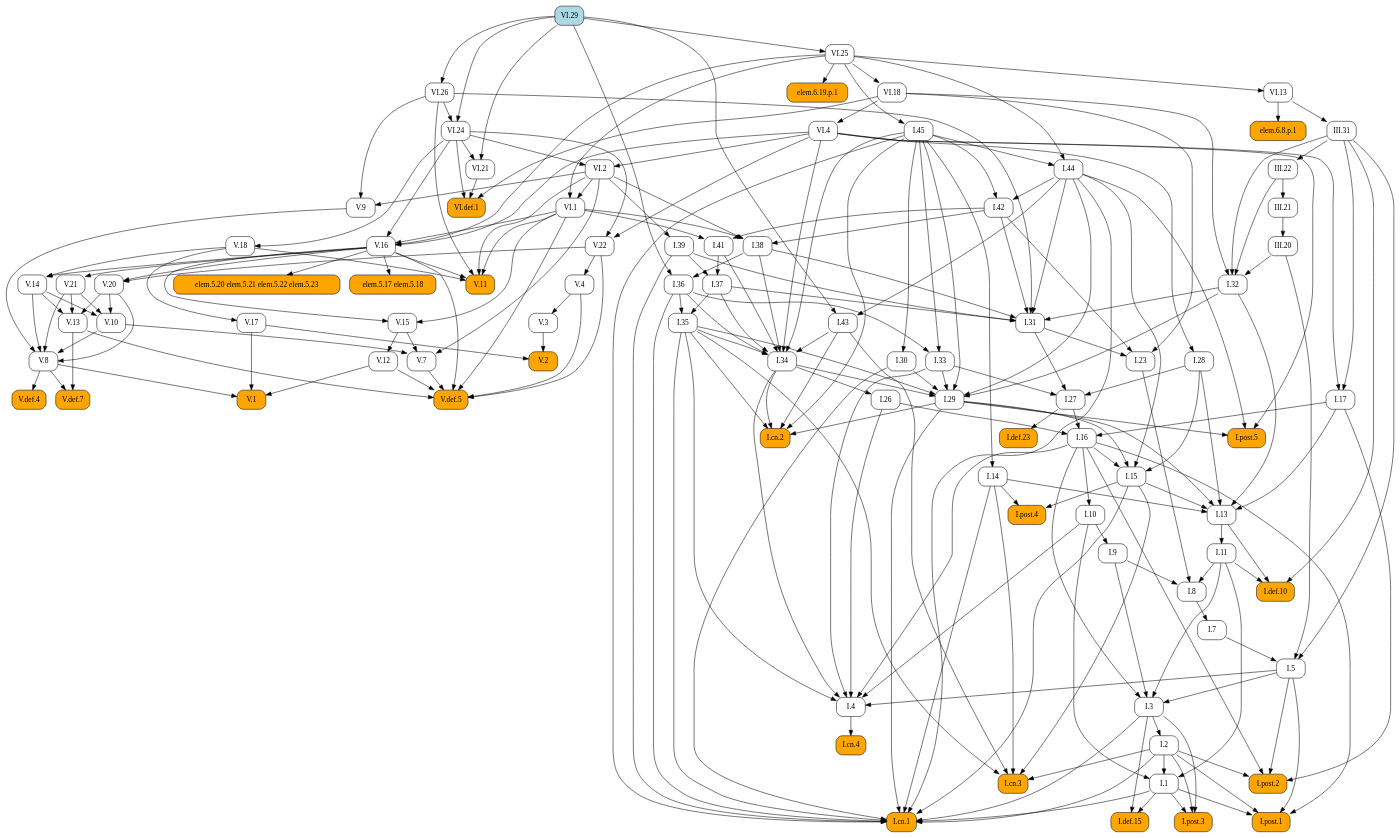
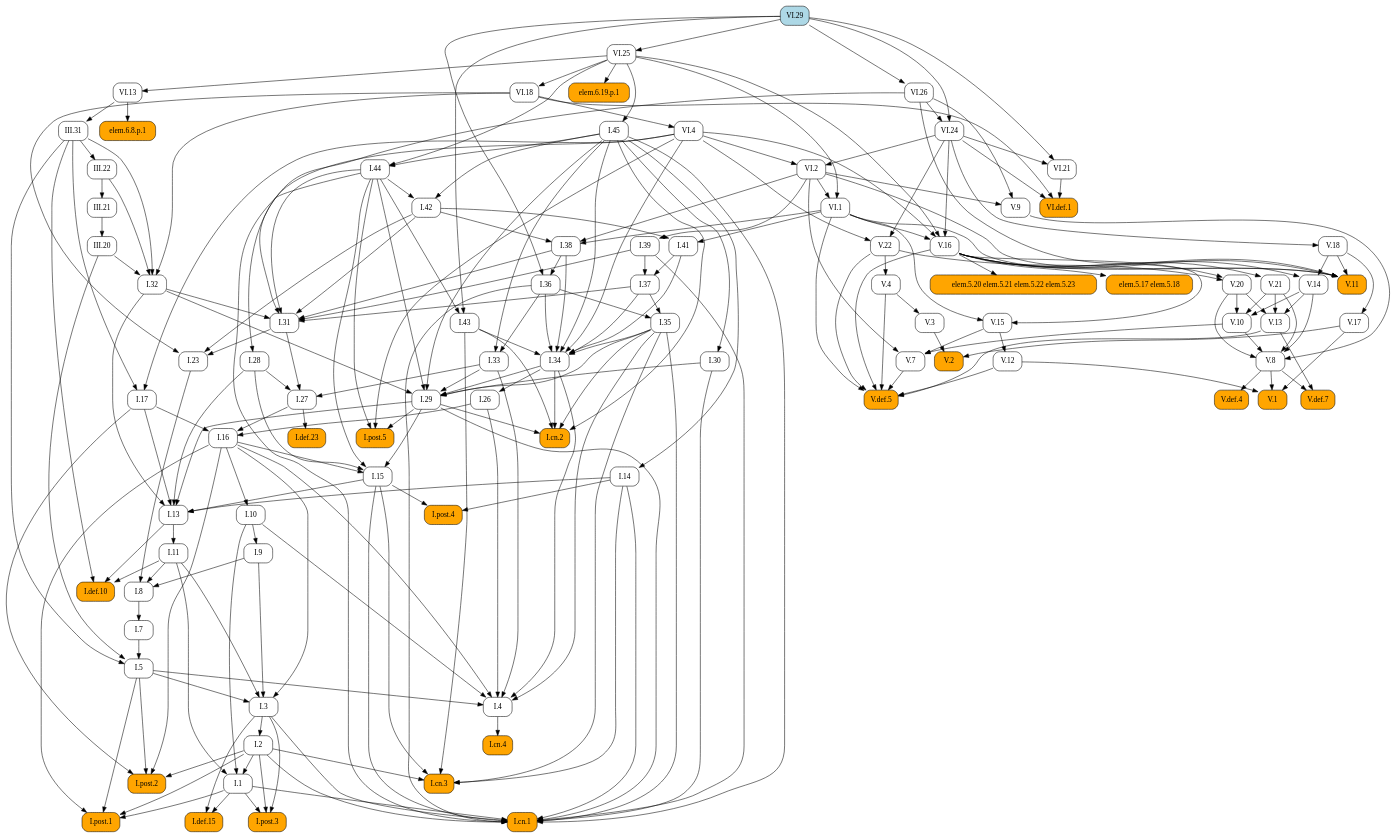
Before and after one commit to geometor/elements: the diagram in docsrc/elements2/VI/29/index.rst, drawn with Graphviz. The commit also changed other lines of this file and 171 other files, not shown here.

```diff
--- a/docsrc/elements2/VI/29/index.rst
+++ b/docsrc/elements2/VI/29/index.rst
@@ -90,192 +90,190 @@
    digraph {
      rankdir="TB";
      node [shape=box, style=rounded];
+     "I.8" [URL="/elements2/I/8/", target="_top"];
+     "V.20" [URL="/elements2/V/20/", target="_top"];
+     "I.36" [URL="/elements2/I/36/", target="_top"];
+     "V.def.5" [style="rounded,filled", fillcolor=orange, URL="/elements2/V/def.5/", target="_top"];
+     "VI.13" [URL="/elements2/VI/13/", target="_top"];
+     "I.38" [URL="/elements2/I/38/", target="_top"];
+     "I.post.5" [style="rounded,filled", fillcolor=orange, URL="/elements2/I/post.5/", target="_top"];
+     "I.def.10" [style="rounded,filled", fillcolor=orange, URL="/elements2/I/def.10/", target="_top"];
+     "I.30" [URL="/elements2/I/30/", target="_top"];
+     "I.cn.2" [style="rounded,filled", fillcolor=orange, URL="/elements2/I/cn.2/", target="_top"];
+     "elem.6.19.p.1" [style="rounded,filled", fillcolor=orange];
+     "III.31" [URL="/elements2/III/31/", target="_top"];
+     "I.31" [URL="/elements2/I/31/", target="_top"];
+     "I.43" [URL="/elements2/I/43/", target="_top"];
+     "I.post.2" [style="rounded,filled", fillcolor=orange, URL="/elements2/I/post.2/", target="_top"];
+     "I.def.23" [style="rounded,filled", fillcolor=orange, URL="/elements2/I/def.23/", target="_top"];
+     "VI.25" [URL="/elements2/VI/25/", target="_top"];
+     "I.26" [URL="/elements2/I/26/", target="_top"];
+     "VI.21" [URL="/elements2/VI/21/", target="_top"];
+     "V.17" [URL="/elements2/V/17/", target="_top"];
+     "elem.6.8.p.1" [style="rounded,filled", fillcolor=orange];
+     "V.3" [URL="/elements2/V/3/", target="_top"];
+     "I.cn.3" [style="rounded,filled", fillcolor=orange, URL="/elements2/I/cn.3/", target="_top"];
+     "III.20" [URL="/elements2/III/20/", target="_top"];
+     "V.2" [style="rounded,filled", fillcolor=orange, URL="/elements2/V/2/", target="_top"];
+     "V.12" [URL="/elements2/V/12/", target="_top"];
+     "V.22" [URL="/elements2/V/22/", target="_top"];
+     "VI.18" [URL="/elements2/VI/18/", target="_top"];
+     "I.35" [URL="/elements2/I/35/", target="_top"];
+     "I.41" [URL="/elements2/I/41/", target="_top"];
+     "I.28" [URL="/elements2/I/28/", target="_top"];
+     "I.27" [URL="/elements2/I/27/", target="_top"];
+     "I.4" [URL="/elements2/I/4/", target="_top"];
+     "I.44" [URL="/elements2/I/44/", target="_top"];
+     "V.8" [URL="/elements2/V/8/", target="_top"];
+     "VI.2" [URL="/elements2/VI/2/", target="_top"];
+     "I.39" [URL="/elements2/I/39/", target="_top"];
+     "I.15" [URL="/elements2/I/15/", target="_top"];
+     "VI.24" [URL="/elements2/VI/24/", target="_top"];
+     "I.34" [URL="/elements2/I/34/", target="_top"];
+     "I.post.3" [style="rounded,filled", fillcolor=orange, URL="/elements2/I/post.3/", target="_top"];
+     "I.32" [URL="/elements2/I/32/", target="_top"];
+     "V.18" [URL="/elements2/V/18/", target="_top"];
+     "V.def.4" [style="rounded,filled", fillcolor=orange, URL="/elements2/V/def.4/", target="_top"];
+     "I.14" [URL="/elements2/I/14/", target="_top"];
+     "I.post.1" [style="rounded,filled", fillcolor=orange, URL="/elements2/I/post.1/", target="_top"];
+     "I.33" [URL="/elements2/I/33/", target="_top"];
+     "I.45" [URL="/elements2/I/45/", target="_top"];
+     "I.5" [URL="/elements2/I/5/", target="_top"];
      "elem.5.17 elem.5.18" [style="rounded,filled", fillcolor=orange];
+     "VI.1" [URL="/elements2/VI/1/", target="_top"];
+     "V.11" [style="rounded,filled", fillcolor=orange, URL="/elements2/V/11/", target="_top"];
+     "V.13" [URL="/elements2/V/13/", target="_top"];
+     "III.22" [URL="/elements2/III/22/", target="_top"];
+     "V.9" [URL="/elements2/V/9/", target="_top"];
+     "V.16" [URL="/elements2/V/16/", target="_top"];
+     "I.def.15" [style="rounded,filled", fillcolor=orange, URL="/elements2/I/def.15/", target="_top"];
+     "V.15" [URL="/elements2/V/15/", target="_top"];
+     "I.11" [URL="/elements2/I/11/", target="_top"];
+     "I.3" [URL="/elements2/I/3/", target="_top"];
+     "V.14" [URL="/elements2/V/14/", target="_top"];
+     "VI.4" [URL="/elements2/VI/4/", target="_top"];
+     "V.10" [URL="/elements2/V/10/", target="_top"];
+     "I.1" [URL="/elements2/I/1/", target="_top"];
+     "I.cn.4" [style="rounded,filled", fillcolor=orange, URL="/elements2/I/cn.4/", target="_top"];
+     "I.23" [URL="/elements2/I/23/", target="_top"];
+     "III.21" [URL="/elements2/III/21/", target="_top"];
+     "I.7" [URL="/elements2/I/7/", target="_top"];
+     "I.42" [URL="/elements2/I/42/", target="_top"];
+     "I.17" [URL="/elements2/I/17/", target="_top"];
+     "I.9" [URL="/elements2/I/9/", target="_top"];
+     "V.1" [style="rounded,filled", fillcolor=orange, URL="/elements2/V/1/", target="_top"];
      "V.7" [URL="/elements2/V/7/", target="_top"];
-     "III.22" [URL="/elements2/III/22/", target="_top"];
-     "I.32" [URL="/elements2/I/32/", target="_top"];
-     "III.31" [URL="/elements2/III/31/", target="_top"];
-     "VI.4" [URL="/elements2/VI/4/", target="_top"];
-     "I.cn.4" [style="rounded,filled", fillcolor=orange, URL="/elements2/I/cn.4/", target="_top"];
-     "I.post.3" [style="rounded,filled", fillcolor=orange, URL="/elements2/I/post.3/", target="_top"];
-     "VI.13" [URL="/elements2/VI/13/", target="_top"];
-     "V.22" [URL="/elements2/V/22/", target="_top"];
+     "I.29" [URL="/elements2/I/29/", target="_top"];
+     "V.21" [URL="/elements2/V/21/", target="_top"];
+     "elem.5.20 elem.5.21 elem.5.22 elem.5.23" [style="rounded,filled", fillcolor=orange];
+     "I.16" [URL="/elements2/I/16/", target="_top"];
+     "I.cn.1" [style="rounded,filled", fillcolor=orange, URL="/elements2/I/cn.1/", target="_top"];
+     "I.post.4" [style="rounded,filled", fillcolor=orange, URL="/elements2/I/post.4/", target="_top"];
+     "I.13" [URL="/elements2/I/13/", target="_top"];
+     "VI.def.1" [style="rounded,filled", fillcolor=orange, URL="/elements2/VI/def.1/", target="_top"];
+     "I.2" [URL="/elements2/I/2/", target="_top"];
+     "I.37" [URL="/elements2/I/37/", target="_top"];
+     "VI.29" [style="rounded,filled", fillcolor=lightblue, URL="/elements2/VI/29/", target="_top"];
+     "I.10" [URL="/elements2/I/10/", target="_top"];
+     "V.def.7" [style="rounded,filled", fillcolor=orange, URL="/elements2/V/def.7/", target="_top"];
      "VI.26" [URL="/elements2/VI/26/", target="_top"];
-     "V.def.7" [style="rounded,filled", fillcolor=orange, URL="/elements2/V/def.7/", target="_top"];
-     "I.41" [URL="/elements2/I/41/", target="_top"];
-     "I.27" [URL="/elements2/I/27/", target="_top"];
-     "I.post.2" [style="rounded,filled", fillcolor=orange, URL="/elements2/I/post.2/", target="_top"];
-     "I.13" [URL="/elements2/I/13/", target="_top"];
-     "I.10" [URL="/elements2/I/10/", target="_top"];
-     "I.post.1" [style="rounded,filled", fillcolor=orange, URL="/elements2/I/post.1/", target="_top"];
-     "I.7" [URL="/elements2/I/7/", target="_top"];
-     "VI.def.1" [style="rounded,filled", fillcolor=orange, URL="/elements2/VI/def.1/", target="_top"];
-     "I.45" [URL="/elements2/I/45/", target="_top"];
-     "V.13" [URL="/elements2/V/13/", target="_top"];
-     "V.1" [style="rounded,filled", fillcolor=orange, URL="/elements2/V/1/", target="_top"];
-     "V.16" [URL="/elements2/V/16/", target="_top"];
-     "VI.25" [URL="/elements2/VI/25/", target="_top"];
-     "elem.5.20 elem.5.21 elem.5.22 elem.5.23" [style="rounded,filled", fillcolor=orange];
-     "I.9" [URL="/elements2/I/9/", target="_top"];
-     "I.38" [URL="/elements2/I/38/", target="_top"];
-     "I.8" [URL="/elements2/I/8/", target="_top"];
-     "I.15" [URL="/elements2/I/15/", target="_top"];
-     "I.26" [URL="/elements2/I/26/", target="_top"];
-     "III.21" [URL="/elements2/III/21/", target="_top"];
-     "I.23" [URL="/elements2/I/23/", target="_top"];
-     "III.20" [URL="/elements2/III/20/", target="_top"];
-     "V.18" [URL="/elements2/V/18/", target="_top"];
      "V.4" [URL="/elements2/V/4/", target="_top"];
-     "VI.1" [URL="/elements2/VI/1/", target="_top"];
-     "I.1" [URL="/elements2/I/1/", target="_top"];
-     "I.3" [URL="/elements2/I/3/", target="_top"];
-     "I.cn.3" [style="rounded,filled", fillcolor=orange, URL="/elements2/I/cn.3/", target="_top"];
-     "I.17" [URL="/elements2/I/17/", target="_top"];
-     "I.37" [URL="/elements2/I/37/", target="_top"];
-     "I.def.10" [style="rounded,filled", fillcolor=orange, URL="/elements2/I/def.10/", target="_top"];
-     "I.34" [URL="/elements2/I/34/", target="_top"];
-     "V.def.5" [style="rounded,filled", fillcolor=orange, URL="/elements2/V/def.5/", target="_top"];
-     "I.def.15" [style="rounded,filled", fillcolor=orange, URL="/elements2/I/def.15/", target="_top"];
-     "I.28" [URL="/elements2/I/28/", target="_top"];
-     "I.36" [URL="/elements2/I/36/", target="_top"];
-     "VI.24" [URL="/elements2/VI/24/", target="_top"];
-     "V.10" [URL="/elements2/V/10/", target="_top"];
-     "V.17" [URL="/elements2/V/17/", target="_top"];
-     "V.14" [URL="/elements2/V/14/", target="_top"];
-     "elem.6.19.p.1" [style="rounded,filled", fillcolor=orange];
-     "V.15" [URL="/elements2/V/15/", target="_top"];
-     "I.14" [URL="/elements2/I/14/", target="_top"];
-     "I.11" [URL="/elements2/I/11/", target="_top"];
-     "I.4" [URL="/elements2/I/4/", target="_top"];
-     "I.16" [URL="/elements2/I/16/", target="_top"];
-     "V.21" [URL="/elements2/V/21/", target="_top"];
-     "I.def.23" [style="rounded,filled", fillcolor=orange, URL="/elements2/I/def.23/", target="_top"];
-     "I.2" [URL="/elements2/I/2/", target="_top"];
-     "I.cn.2" [style="rounded,filled", fillcolor=orange, URL="/elements2/I/cn.2/", target="_top"];
-     "I.post.5" [style="rounded,filled", fillcolor=orange, URL="/elements2/I/post.5/", target="_top"];
-     "VI.2" [URL="/elements2/VI/2/", target="_top"];
-     "V.3" [URL="/elements2/V/3/", target="_top"];
-     "VI.21" [URL="/elements2/VI/21/", target="_top"];
-     "I.42" [URL="/elements2/I/42/", target="_top"];
-     "I.44" [URL="/elements2/I/44/", target="_top"];
-     "I.35" [URL="/elements2/I/35/", target="_top"];
-     "elem.6.8.p.1" [style="rounded,filled", fillcolor=orange];
-     "V.def.4" [style="rounded,filled", fillcolor=orange, URL="/elements2/V/def.4/", target="_top"];
-     "VI.29" [style="rounded,filled", fillcolor=lightblue, URL="/elements2/VI/29/", target="_top"];
-     "VI.18" [URL="/elements2/VI/18/", target="_top"];
-     "V.11" [style="rounded,filled", fillcolor=orange, URL="/elements2/V/11/", target="_top"];
-     "I.43" [URL="/elements2/I/43/", target="_top"];
-     "V.12" [URL="/elements2/V/12/", target="_top"];
-     "I.33" [URL="/elements2/I/33/", target="_top"];
-     "I.31" [URL="/elements2/I/31/", target="_top"];
-     "V.2" [style="rounded,filled", fillcolor=orange, URL="/elements2/V/2/", target="_top"];
-     "I.30" [URL="/elements2/I/30/", target="_top"];
-     "I.post.4" [style="rounded,filled", fillcolor=orange, URL="/elements2/I/post.4/", target="_top"];
-     "I.39" [URL="/elements2/I/39/", target="_top"];
-     "I.cn.1" [style="rounded,filled", fillcolor=orange, URL="/elements2/I/cn.1/", target="_top"];
-     "V.9" [URL="/elements2/V/9/", target="_top"];
-     "I.29" [URL="/elements2/I/29/", target="_top"];
-     "I.5" [URL="/elements2/I/5/", target="_top"];
-     "V.8" [URL="/elements2/V/8/", target="_top"];
-     "V.20" [URL="/elements2/V/20/", target="_top"];
-     "V.16" -> "elem.5.17 elem.5.18";
-     "V.10" -> "V.7";
-     "V.15" -> "V.7";
-     "VI.2" -> "V.7";
-     "III.31" -> "III.22";
-     "III.20" -> "I.32";
-     "III.22" -> "I.32";
-     "III.31" -> "I.32";
-     "VI.18" -> "I.32";
+     "I.9" -> "I.8";
+     "I.11" -> "I.8";
+     "I.23" -> "I.8";
+     "V.16" -> "V.20";
+     "V.22" -> "V.20";
+     "I.38" -> "I.36";
+     "VI.29" -> "I.36";
+     "V.4" -> "V.def.5";
+     "V.7" -> "V.def.5";
+     "V.12" -> "V.def.5";
+     "V.13" -> "V.def.5";
+     "V.16" -> "V.def.5";
+     "V.22" -> "V.def.5";
+     "VI.1" -> "V.def.5";
+     "VI.25" -> "VI.13";
+     "I.42" -> "I.38";
+     "VI.1" -> "I.38";
+     "VI.2" -> "I.38";
+     "I.29" -> "I.post.5";
+     "I.44" -> "I.post.5";
+     "VI.4" -> "I.post.5";
+     "I.11" -> "I.def.10";
+     "I.13" -> "I.def.10";
+     "III.31" -> "I.def.10";
+     "I.45" -> "I.30";
+     "I.29" -> "I.cn.2";
+     "I.34" -> "I.cn.2";
+     "I.35" -> "I.cn.2";
+     "I.43" -> "I.cn.2";
+     "I.45" -> "I.cn.2";
+     "VI.25" -> "elem.6.19.p.1";
      "VI.13" -> "III.31";
-     "VI.18" -> "VI.4";
-     "I.4" -> "I.cn.4";
-     "I.1" -> "I.post.3";
-     "I.2" -> "I.post.3";
-     "I.3" -> "I.post.3";
-     "VI.25" -> "VI.13";
-     "VI.4" -> "V.22";
-     "VI.24" -> "V.22";
-     "VI.29" -> "VI.26";
-     "V.8" -> "V.def.7";
-     "V.13" -> "V.def.7";
-     "I.42" -> "I.41";
-     "VI.1" -> "I.41";
-     "I.28" -> "I.27";
-     "I.31" -> "I.27";
-     "I.33" -> "I.27";
+     "I.32" -> "I.31";
+     "I.37" -> "I.31";
+     "I.38" -> "I.31";
+     "I.39" -> "I.31";
+     "I.42" -> "I.31";
+     "I.44" -> "I.31";
+     "VI.26" -> "I.31";
+     "I.44" -> "I.43";
+     "VI.29" -> "I.43";
      "I.2" -> "I.post.2";
      "I.5" -> "I.post.2";
      "I.16" -> "I.post.2";
      "I.17" -> "I.post.2";
-     "I.14" -> "I.13";
-     "I.15" -> "I.13";
-     "I.17" -> "I.13";
-     "I.28" -> "I.13";
-     "I.29" -> "I.13";
-     "I.32" -> "I.13";
-     "I.16" -> "I.10";
-     "I.1" -> "I.post.1";
-     "I.2" -> "I.post.1";
-     "I.5" -> "I.post.1";
-     "I.16" -> "I.post.1";
-     "I.8" -> "I.7";
-     "VI.18" -> "VI.def.1";
-     "VI.21" -> "VI.def.1";
-     "VI.24" -> "VI.def.1";
-     "VI.25" -> "I.45";
-     "V.14" -> "V.13";
-     "V.20" -> "V.13";
-     "V.21" -> "V.13";
-     "V.8" -> "V.1";
-     "V.12" -> "V.1";
-     "V.17" -> "V.1";
-     "VI.1" -> "V.16";
-     "VI.4" -> "V.16";
-     "VI.24" -> "V.16";
-     "VI.25" -> "V.16";
+     "I.27" -> "I.def.23";
      "VI.29" -> "VI.25";
-     "V.16" -> "elem.5.20 elem.5.21 elem.5.22 elem.5.23";
-     "I.10" -> "I.9";
-     "I.42" -> "I.38";
-     "VI.1" -> "I.38";
-     "VI.2" -> "I.38";
-     "I.9" -> "I.8";
-     "I.11" -> "I.8";
-     "I.23" -> "I.8";
-     "I.16" -> "I.15";
-     "I.28" -> "I.15";
-     "I.29" -> "I.15";
-     "I.44" -> "I.15";
      "I.34" -> "I.26";
-     "III.22" -> "III.21";
-     "I.31" -> "I.23";
-     "I.42" -> "I.23";
-     "VI.18" -> "I.23";
-     "III.21" -> "III.20";
-     "VI.24" -> "V.18";
-     "V.22" -> "V.4";
-     "VI.2" -> "VI.1";
-     "VI.25" -> "VI.1";
-     "I.2" -> "I.1";
-     "I.10" -> "I.1";
-     "I.11" -> "I.1";
-     "I.5" -> "I.3";
-     "I.9" -> "I.3";
-     "I.11" -> "I.3";
-     "I.16" -> "I.3";
+     "VI.24" -> "VI.21";
+     "VI.29" -> "VI.21";
+     "V.18" -> "V.17";
+     "VI.13" -> "elem.6.8.p.1";
+     "V.4" -> "V.3";
      "I.2" -> "I.cn.3";
      "I.14" -> "I.cn.3";
      "I.15" -> "I.cn.3";
      "I.35" -> "I.cn.3";
      "I.43" -> "I.cn.3";
-     "III.31" -> "I.17";
-     "VI.4" -> "I.17";
-     "I.39" -> "I.37";
-     "I.41" -> "I.37";
-     "I.11" -> "I.def.10";
-     "I.13" -> "I.def.10";
-     "III.31" -> "I.def.10";
+     "III.21" -> "III.20";
+     "V.3" -> "V.2";
+     "V.17" -> "V.2";
+     "V.15" -> "V.12";
+     "VI.4" -> "V.22";
+     "VI.24" -> "V.22";
+     "VI.25" -> "VI.18";
+     "I.36" -> "I.35";
+     "I.37" -> "I.35";
+     "I.42" -> "I.41";
+     "VI.1" -> "I.41";
+     "VI.4" -> "I.28";
+     "I.28" -> "I.27";
+     "I.31" -> "I.27";
+     "I.33" -> "I.27";
+     "I.5" -> "I.4";
+     "I.10" -> "I.4";
+     "I.16" -> "I.4";
+     "I.26" -> "I.4";
+     "I.33" -> "I.4";
+     "I.34" -> "I.4";
+     "I.35" -> "I.4";
+     "I.45" -> "I.44";
+     "VI.25" -> "I.44";
+     "V.9" -> "V.8";
+     "V.10" -> "V.8";
+     "V.14" -> "V.8";
+     "V.20" -> "V.8";
+     "V.21" -> "V.8";
+     "VI.4" -> "VI.2";
+     "VI.24" -> "VI.2";
+     "VI.2" -> "I.39";
+     "I.16" -> "I.15";
+     "I.28" -> "I.15";
+     "I.29" -> "I.15";
+     "I.44" -> "I.15";
+     "VI.26" -> "VI.24";
+     "VI.29" -> "VI.24";
      "I.35" -> "I.34";
      "I.36" -> "I.34";
      "I.37" -> "I.34";
@@ -284,89 +282,91 @@
      "I.43" -> "I.34";
      "I.45" -> "I.34";
      "VI.4" -> "I.34";
-     "V.4" -> "V.def.5";
-     "V.7" -> "V.def.5";
-     "V.12" -> "V.def.5";
-     "V.13" -> "V.def.5";
-     "V.16" -> "V.def.5";
-     "V.22" -> "V.def.5";
-     "VI.1" -> "V.def.5";
-     "I.1" -> "I.def.15";
-     "I.3" -> "I.def.15";
-     "VI.4" -> "I.28";
-     "I.38" -> "I.36";
-     "VI.29" -> "I.36";
-     "VI.26" -> "VI.24";
-     "VI.29" -> "VI.24";
-     "V.14" -> "V.10";
-     "V.20" -> "V.10";
-     "V.21" -> "V.10";
-     "V.18" -> "V.17";
-     "V.16" -> "V.14";
-     "V.18" -> "V.14";
-     "VI.25" -> "elem.6.19.p.1";
-     "V.16" -> "V.15";
-     "VI.1" -> "V.15";
+     "I.1" -> "I.post.3";
+     "I.2" -> "I.post.3";
+     "I.3" -> "I.post.3";
+     "III.20" -> "I.32";
+     "III.22" -> "I.32";
+     "III.31" -> "I.32";
+     "VI.18" -> "I.32";
+     "VI.24" -> "V.18";
+     "V.8" -> "V.def.4";
      "I.45" -> "I.14";
-     "I.13" -> "I.11";
-     "I.5" -> "I.4";
-     "I.10" -> "I.4";
-     "I.16" -> "I.4";
-     "I.26" -> "I.4";
-     "I.33" -> "I.4";
-     "I.34" -> "I.4";
-     "I.35" -> "I.4";
-     "I.17" -> "I.16";
-     "I.26" -> "I.16";
-     "I.27" -> "I.16";
-     "V.16" -> "V.21";
-     "I.27" -> "I.def.23";
-     "I.3" -> "I.2";
-     "I.29" -> "I.cn.2";
-     "I.34" -> "I.cn.2";
-     "I.35" -> "I.cn.2";
-     "I.43" -> "I.cn.2";
-     "I.45" -> "I.cn.2";
-     "I.29" -> "I.post.5";
-     "I.44" -> "I.post.5";
-     "VI.4" -> "I.post.5";
-     "VI.4" -> "VI.2";
-     "VI.24" -> "VI.2";
-     "V.4" -> "V.3";
-     "VI.24" -> "VI.21";
-     "VI.29" -> "VI.21";
-     "I.44" -> "I.42";
-     "I.45" -> "I.42";
-     "I.45" -> "I.44";
-     "VI.25" -> "I.44";
-     "I.36" -> "I.35";
-     "I.37" -> "I.35";
-     "VI.13" -> "elem.6.8.p.1";
-     "V.8" -> "V.def.4";
-     "VI.25" -> "VI.18";
+     "I.1" -> "I.post.1";
+     "I.2" -> "I.post.1";
+     "I.5" -> "I.post.1";
+     "I.16" -> "I.post.1";
+     "I.36" -> "I.33";
+     "I.45" -> "I.33";
+     "VI.25" -> "I.45";
+     "I.7" -> "I.5";
+     "III.20" -> "I.5";
+     "III.31" -> "I.5";
+     "V.16" -> "elem.5.17 elem.5.18";
+     "VI.2" -> "VI.1";
+     "VI.25" -> "VI.1";
      "V.16" -> "V.11";
      "V.18" -> "V.11";
      "VI.1" -> "V.11";
      "VI.2" -> "V.11";
      "VI.26" -> "V.11";
-     "I.44" -> "I.43";
-     "VI.29" -> "I.43";
-     "V.15" -> "V.12";
-     "I.36" -> "I.33";
-     "I.45" -> "I.33";
-     "I.32" -> "I.31";
-     "I.37" -> "I.31";
-     "I.38" -> "I.31";
-     "I.39" -> "I.31";
-     "I.42" -> "I.31";
-     "I.44" -> "I.31";
-     "VI.26" -> "I.31";
-     "V.3" -> "V.2";
-     "V.17" -> "V.2";
-     "I.45" -> "I.30";
-     "I.14" -> "I.post.4";
-     "I.15" -> "I.post.4";
-     "VI.2" -> "I.39";
+     "V.14" -> "V.13";
+     "V.20" -> "V.13";
+     "V.21" -> "V.13";
+     "III.31" -> "III.22";
+     "VI.2" -> "V.9";
+     "VI.26" -> "V.9";
+     "VI.1" -> "V.16";
+     "VI.4" -> "V.16";
+     "VI.24" -> "V.16";
+     "VI.25" -> "V.16";
+     "I.1" -> "I.def.15";
+     "I.3" -> "I.def.15";
+     "V.16" -> "V.15";
+     "VI.1" -> "V.15";
+     "I.13" -> "I.11";
+     "I.5" -> "I.3";
+     "I.9" -> "I.3";
+     "I.11" -> "I.3";
+     "I.16" -> "I.3";
+     "V.16" -> "V.14";
+     "V.18" -> "V.14";
+     "VI.18" -> "VI.4";
+     "V.14" -> "V.10";
+     "V.20" -> "V.10";
+     "V.21" -> "V.10";
+     "I.2" -> "I.1";
+     "I.10" -> "I.1";
+     "I.11" -> "I.1";
+     "I.4" -> "I.cn.4";
+     "I.31" -> "I.23";
+     "I.42" -> "I.23";
+     "VI.18" -> "I.23";
+     "III.22" -> "III.21";
+     "I.8" -> "I.7";
+     "I.44" -> "I.42";
+     "I.45" -> "I.42";
+     "III.31" -> "I.17";
+     "VI.4" -> "I.17";
+     "I.10" -> "I.9";
+     "V.8" -> "V.1";
+     "V.12" -> "V.1";
+     "V.17" -> "V.1";
+     "V.10" -> "V.7";
+     "V.15" -> "V.7";
+     "VI.2" -> "V.7";
+     "I.30" -> "I.29";
+     "I.32" -> "I.29";
+     "I.33" -> "I.29";
+     "I.34" -> "I.29";
+     "I.35" -> "I.29";
+     "I.44" -> "I.29";
+     "I.45" -> "I.29";
+     "V.16" -> "V.21";
+     "V.16" -> "elem.5.20 elem.5.21 elem.5.22 elem.5.23";
+     "I.17" -> "I.16";
+     "I.26" -> "I.16";
+     "I.27" -> "I.16";
      "I.1" -> "I.cn.1";
      "I.2" -> "I.cn.1";
      "I.3" -> "I.cn.1";
@@ -379,23 +379,23 @@
      "I.39" -> "I.cn.1";
      "I.44" -> "I.cn.1";
      "I.45" -> "I.cn.1";
-     "VI.2" -> "V.9";
-     "VI.26" -> "V.9";
-     "I.30" -> "I.29";
-     "I.32" -> "I.29";
-     "I.33" -> "I.29";
-     "I.34" -> "I.29";
-     "I.35" -> "I.29";
-     "I.44" -> "I.29";
-     "I.45" -> "I.29";
-     "I.7" -> "I.5";
-     "III.20" -> "I.5";
-     "III.31" -> "I.5";
-     "V.9" -> "V.8";
-     "V.10" -> "V.8";
-     "V.14" -> "V.8";
-     "V.20" -> "V.8";
-     "V.21" -> "V.8";
-     "V.16" -> "V.20";
-     "V.22" -> "V.20";
+     "I.14" -> "I.post.4";
+     "I.15" -> "I.post.4";
+     "I.14" -> "I.13";
+     "I.15" -> "I.13";
+     "I.17" -> "I.13";
+     "I.28" -> "I.13";
+     "I.29" -> "I.13";
+     "I.32" -> "I.13";
+     "VI.18" -> "VI.def.1";
+     "VI.21" -> "VI.def.1";
+     "VI.24" -> "VI.def.1";
+     "I.3" -> "I.2";
+     "I.39" -> "I.37";
+     "I.41" -> "I.37";
+     "I.16" -> "I.10";
+     "V.8" -> "V.def.7";
+     "V.13" -> "V.def.7";
+     "VI.29" -> "VI.26";
+     "V.22" -> "V.4";
    }
```
